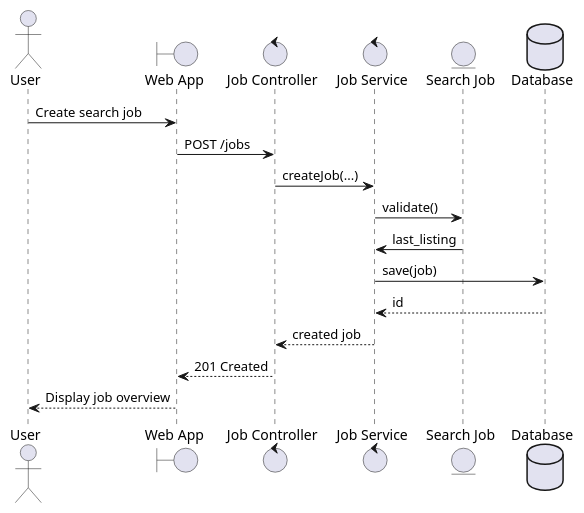
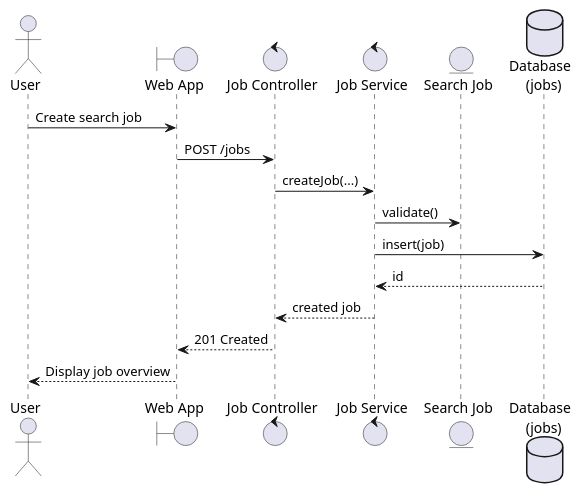
Before and after one commit to RyanHam04/marktplaats-scheduler: the diagram in docs/diagrams/sequence_create_job.puml, drawn with PlantUML. The commit also changed 18 other files, not shown here.

Commit message:
feat: added database, added creation of job+users

```diff
--- a/docs/diagrams/sequence_create_job.puml
+++ b/docs/diagrams/sequence_create_job.puml
@@ -1,24 +1,23 @@
 @startuml
 
 actor User
 
 boundary "Web App" as Web
 control "Job Controller" as Controller
 control "Job Service" as Service
 entity "Search Job" as Job
-database "Database" as DB
+database "Database \n (jobs)" as DB
 
 User -> Web : Create search job
 Web -> Controller : POST /jobs
 
 Controller -> Service : createJob(...)
 Service -> Job : validate()
-Job -> Service : last_listing
 
-Service -> DB : save(job)
+Service -> DB : insert(job)
 DB --> Service : id
 
 Service --> Controller : created job
 Controller --> Web : 201 Created
 Web --> User : Display job overview
 @enduml
```
